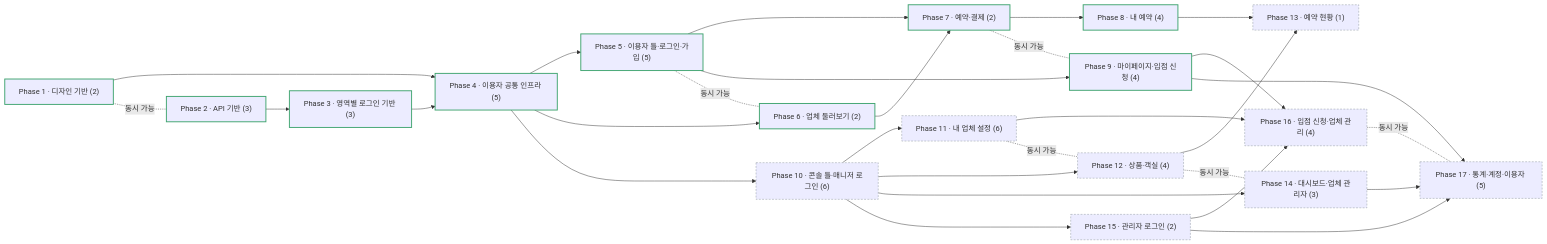
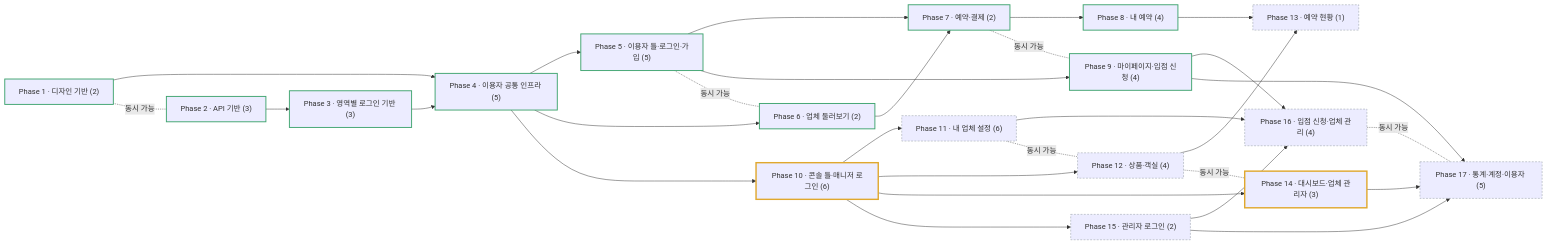
Before and after one commit to HaSungJe/deskless-frontend: the diagram in .beaver/output/roadmap/roomless-frontend-roadmap.md, drawn with Mermaid. The commit also changed other lines of this file and 91 other files, not shown here.

````diff
--- a/.beaver/output/roadmap/roomless-frontend-roadmap.md
+++ b/.beaver/output/roadmap/roomless-frontend-roadmap.md
@@ -7,51 +7,51 @@
 ```mermaid
 flowchart LR
   P1["Phase 1 · 디자인 기반 (2)"]:::done
   P2["Phase 2 · API 기반 (3)"]:::done
   P3["Phase 3 · 영역별 로그인 기반 (3)"]:::done
   P4["Phase 4 · 이용자 공통 인프라 (5)"]:::done
   P5["Phase 5 · 이용자 틀·로그인·가입 (5)"]:::done
   P6["Phase 6 · 업체 둘러보기 (2)"]:::done
   P7["Phase 7 · 예약·결제 (2)"]:::done
   P8["Phase 8 · 내 예약 (4)"]:::done
   P9["Phase 9 · 마이페이지·입점 신청 (4)"]:::done
-  P10["Phase 10 · 콘솔 틀·매니저 로그인 (6)"]:::todo
+  P10["Phase 10 · 콘솔 틀·매니저 로그인 (6)"]:::inprog
   P11["Phase 11 · 내 업체 설정 (6)"]:::todo
   P12["Phase 12 · 상품·객실 (4)"]:::todo
   P13["Phase 13 · 예약 현황 (1)"]:::todo
-  P14["Phase 14 · 대시보드·업체 관리자 (3)"]:::todo
+  P14["Phase 14 · 대시보드·업체 관리자 (3)"]:::inprog
   P15["Phase 15 · 관리자 로그인 (2)"]:::todo
   P16["Phase 16 · 입점 신청·업체 관리 (4)"]:::todo
   P17["Phase 17 · 통계·계정·이용자 (5)"]:::todo
   P2 --> P3
   P1 --> P4
   P3 --> P4
   P4 --> P5
   P4 --> P6
   P5 --> P7
   P6 --> P7
   P7 --> P8
   P5 --> P9
   P4 --> P10
   P10 --> P11
   P10 --> P12
   P10 --> P14
   P10 --> P15
   P12 --> P13
   P8 --> P13
   P15 --> P16
   P11 --> P16
   P9 --> P16
   P15 --> P17
   P14 --> P17
   P9 --> P17
   P1 -. 동시 가능 .- P2
   P5 -. 동시 가능 .- P6
   P7 -. 동시 가능 .- P9
   P11 -. 동시 가능 .- P12
   P12 -. 동시 가능 .- P14
   P16 -. 동시 가능 .- P17
   classDef done stroke:#3fa46f,stroke-width:2px
   classDef inprog stroke:#e0a82e,stroke-width:3px
   classDef todo stroke:#8a949c,stroke-width:1px,stroke-dasharray:4 3
 ```
````
